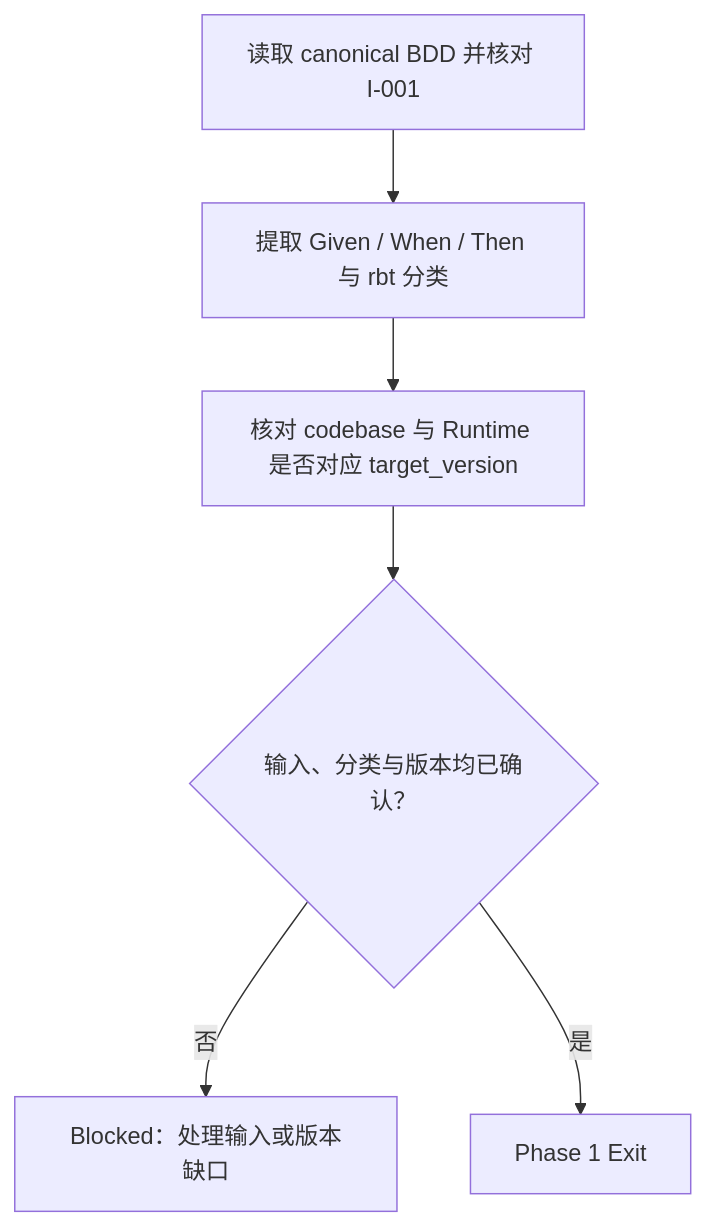
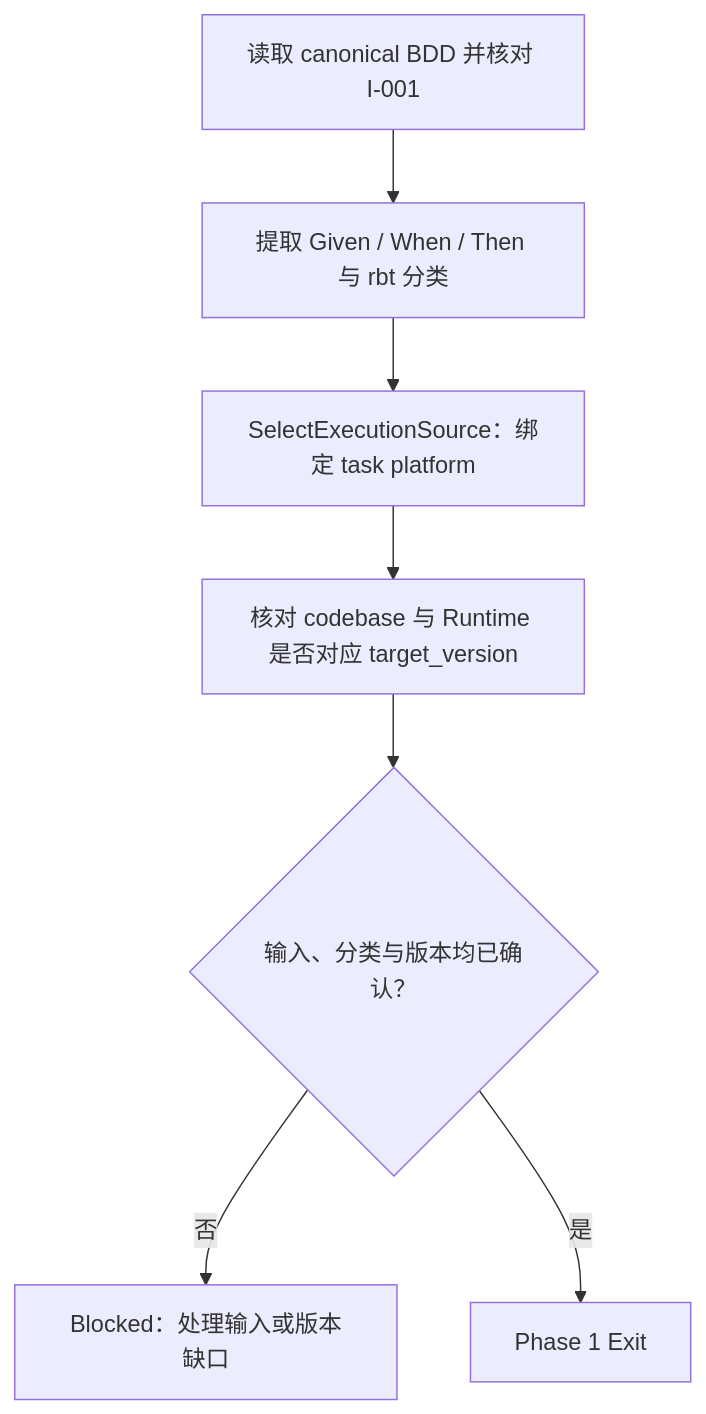
One commit to daihothot/scout changed the second of 11 diagrams in assets/scout/skills/domain-rbt-executor/SKILL.md. Above: the diagram before and after it, drawn with Mermaid. The commit also changed other lines of this file and 24 other files, not shown here.

````diff
--- a/assets/scout/skills/domain-rbt-executor/SKILL.md
+++ b/assets/scout/skills/domain-rbt-executor/SKILL.md
@@ -129,8 +132,9 @@
 ```mermaid
 flowchart TD
   A["读取 canonical BDD 并核对 I-001"] --> B["提取 Given / When / Then 与 rbt 分类"]
-  B --> C["核对 codebase 与 Runtime 是否对应 target_version"]
+  B --> S["SelectExecutionSource：绑定 task platform"]
+  S --> C["核对 codebase 与 Runtime 是否对应 target_version"]
   C --> D{"输入、分类与版本均已确认？"}
   D -- 否 --> X["Blocked：处理输入或版本缺口"]
   D -- 是 --> E["Phase 1 Exit"]
 ```
````
